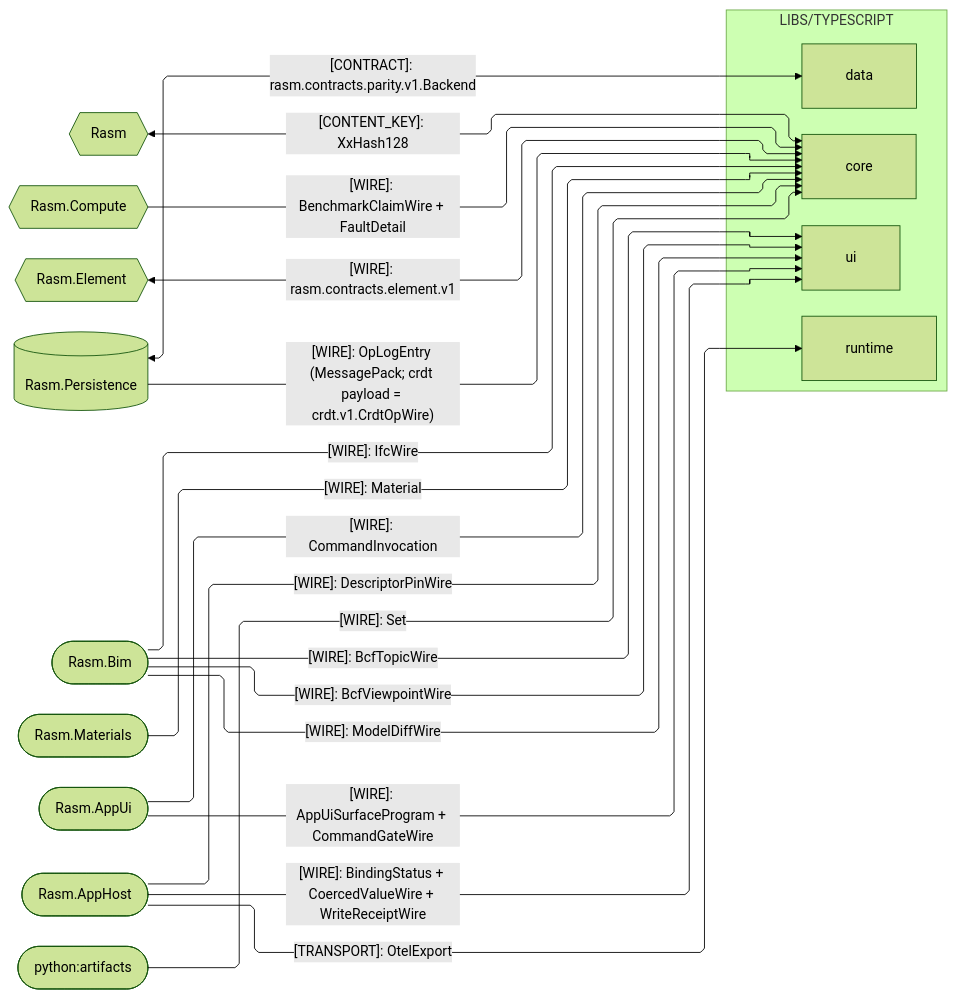
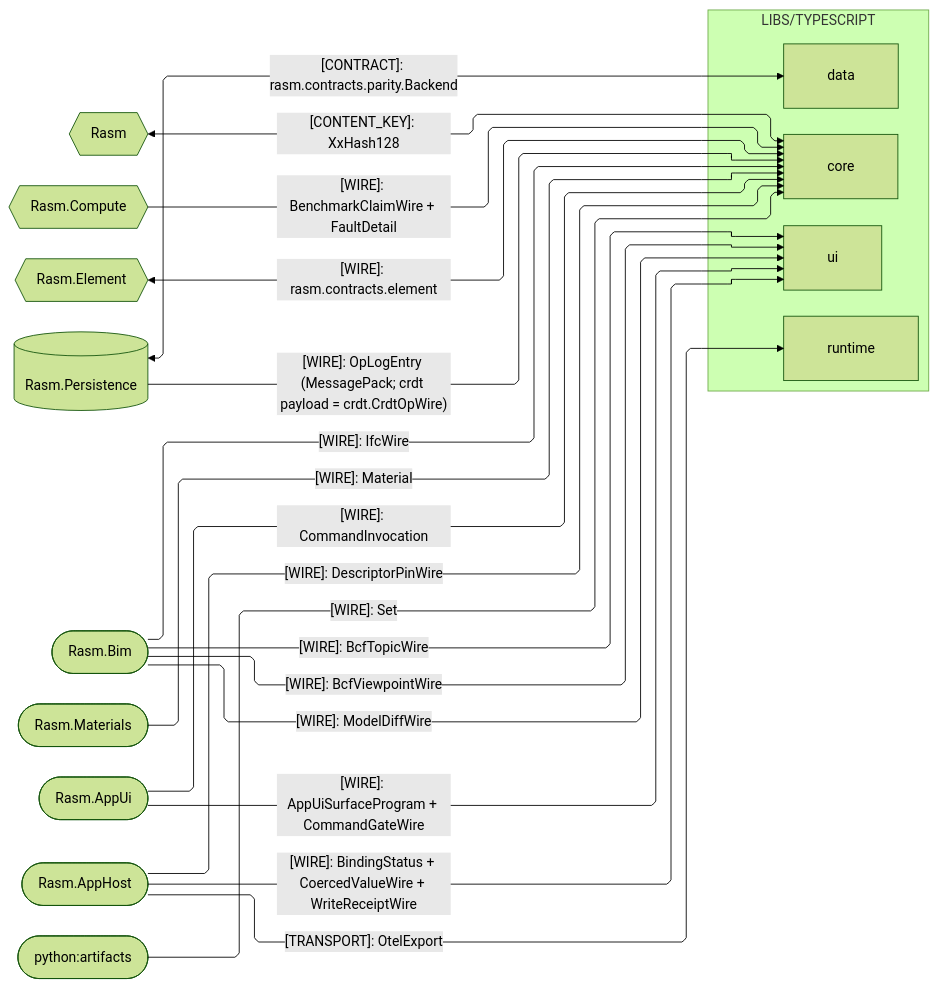
One commit to bsamiee/Rasm changed the second of 4 diagrams in libs/typescript/.planning/ARCHITECTURE.md. Above: the diagram before and after it, drawn with Mermaid (forest theme). The commit also changed other lines of this file and 640 other files, not shown here.

````diff
--- a/libs/typescript/.planning/ARCHITECTURE.md
+++ b/libs/typescript/.planning/ARCHITECTURE.md
@@ -81,43 +81,43 @@
 ```mermaid
 ---
 config:
   layout: elk
   flowchart:
     curve: linear
     padding: 25
 ---
 flowchart LR
     accTitle: TypeScript external seam registry
     accDescr: TypeScript exchanges kinded wires and the backend contract with C# packages and the neutral Python artifact producer.
     subgraph ts[LIBS/TYPESCRIPT]
         Core[core]
         Data[data]
         Runtime[runtime]
         Ui[ui]
     end
     Rasm{{Rasm}}
     Compute{{Rasm.Compute}}
     Element{{Rasm.Element}}
     Persistence[(Rasm.Persistence)]
     Bim([Rasm.Bim])
     Materials([Rasm.Materials])
     AppUi([Rasm.AppUi])
     AppHost([Rasm.AppHost])
     Artifacts([python:artifacts])
     Rasm e1@<-->|"[CONTENT_KEY]: XxHash128"| Core
     Compute e19@-->|"[WIRE]: BenchmarkClaimWire + FaultDetail"| Core
-    Element e2@<-->|"[WIRE]: rasm.contracts.element.v1"| Core
-    Persistence e4@-->|"[WIRE]: OpLogEntry (MessagePack; crdt payload = crdt.v1.CrdtOpWire)"| Core
-    Persistence e14@<-->|"[CONTRACT]: rasm.contracts.parity.v1.Backend"| Data
+    Element e2@<-->|"[WIRE]: rasm.contracts.element"| Core
+    Persistence e4@-->|"[WIRE]: OpLogEntry (MessagePack; crdt payload = crdt.CrdtOpWire)"| Core
+    Persistence e14@<-->|"[CONTRACT]: rasm.contracts.parity.Backend"| Data
     Bim e6@-->|"[WIRE]: IfcWire"| Core
     Materials e7@-->|"[WIRE]: Material"| Core
     AppUi e8@-->|"[WIRE]: CommandInvocation"| Core
     Bim e12@-->|"[WIRE]: BcfTopicWire"| Ui
     Bim e18@-->|"[WIRE]: BcfViewpointWire"| Ui
     Bim e15@-->|"[WIRE]: ModelDiffWire"| Ui
     AppUi e11@-->|"[WIRE]: AppUiSurfaceProgram + CommandGateWire"| Ui
     AppHost e10@-->|"[WIRE]: BindingStatus + CoercedValueWire + WriteReceiptWire"| Ui
     AppHost e9@-->|"[TRANSPORT]: OtelExport"| Runtime
     AppHost e16@-->|"[WIRE]: DescriptorPinWire"| Core
     Artifacts e17@-->|"[WIRE]: Set"| Core
 ```
````
